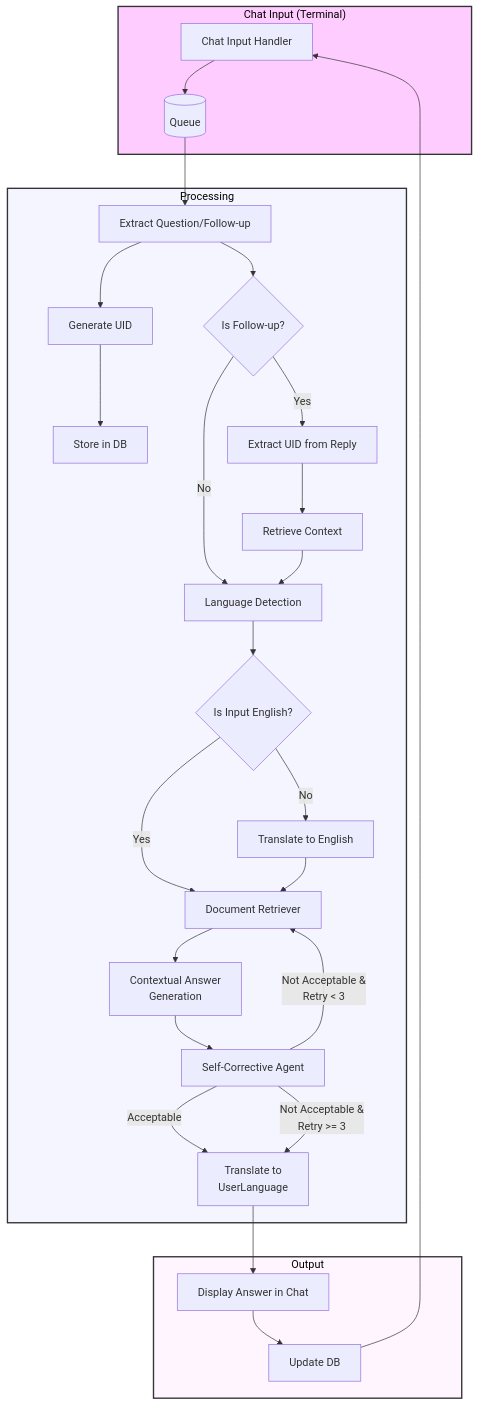
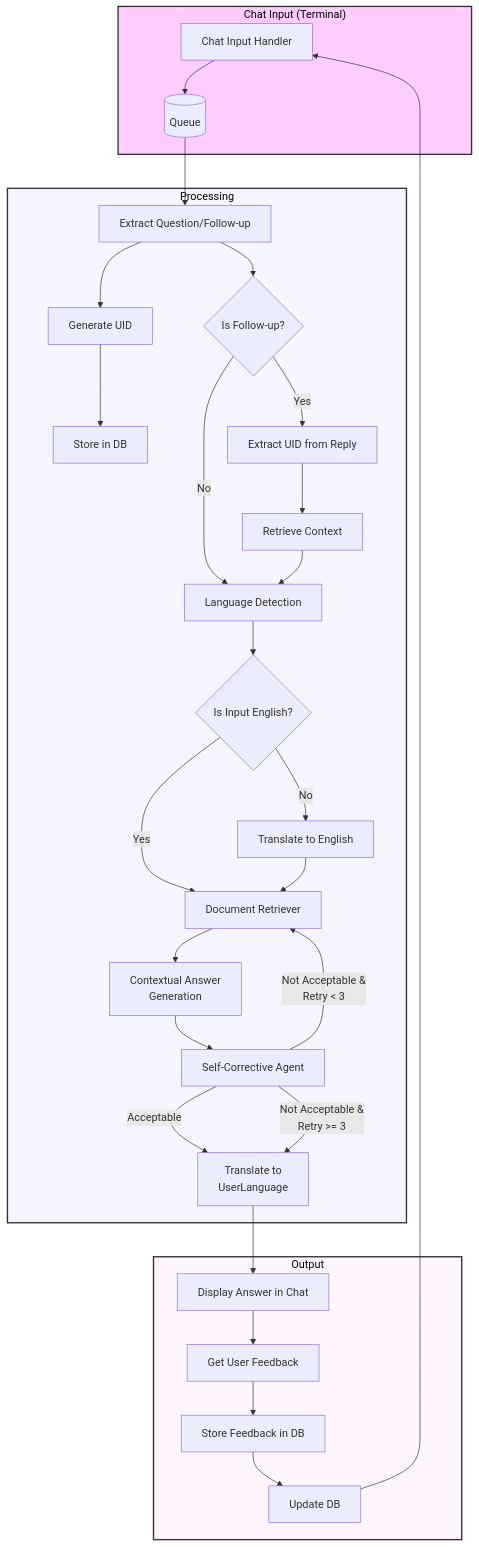
The diagram in CRAIG_Graph.mmd (tyronechrisharris/qna), drawn with Mermaid before and after one commit. The commit also changed 20 other files, not shown here.

```diff
--- a/CRAIG_Graph.mmd
+++ b/CRAIG_Graph.mmd
@@ -1,36 +1,38 @@
 graph TD
     subgraph Chat["Chat Input (Terminal)"]
         A[Chat Input Handler] --> Q[(Queue)]
         style Chat fill:#f0f,stroke:#333,stroke-width:2px,color:#000,fill-opacity:0.2;
     end
 
     subgraph Processing["Processing"]
         Q --> B[Extract Question/Follow-up]
         B --> C[Generate UID]
         C --> D[Store in DB]
         B --> E{Is Follow-up?}
         E -- Yes --> F[Extract UID from Reply]
         F --> G[Retrieve Context]
         E -- No --> H[Language Detection]
         G --> H
         H --> I{Is Input English?}
         I -- Yes --> J[Document Retriever]
         I -- No --> K["Translate to English"]
         K --> J
         J --> L[Contextual Answer<br>Generation]
         L --> M[Self-Corrective Agent]
         M -- Acceptable --> N["Translate to<br>UserLanguage"]
         M -- "Not Acceptable &<br>Retry < 3" --> J
         M -- "Not Acceptable &<br>Retry >= 3" --> N
         style Processing fill:#ccf,stroke:#333,stroke-width:2px,color:#000,fill-opacity:0.2;
     end
 
     subgraph Output["Output"]
         N --> O[Display Answer in Chat]
-        O --> P[Update DB]
+        O --> P[Get User Feedback]
+        P --> Q1[Store Feedback in DB]
+        Q1 --> S[Update DB]
         style Output fill:#fcf,stroke:#333,stroke-width:2px,color:#000,fill-opacity:0.2;
     end
 
-    P --> A
+    S --> A
 
     classDef default text-align:center;
```
